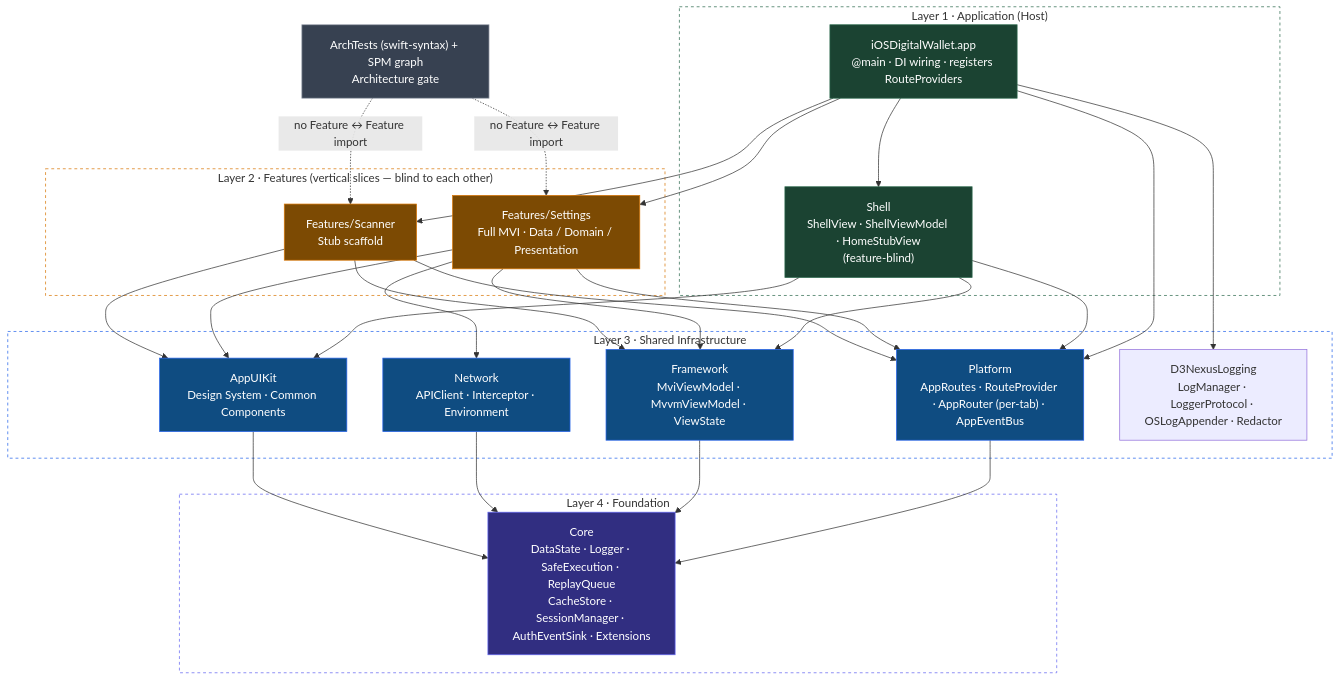
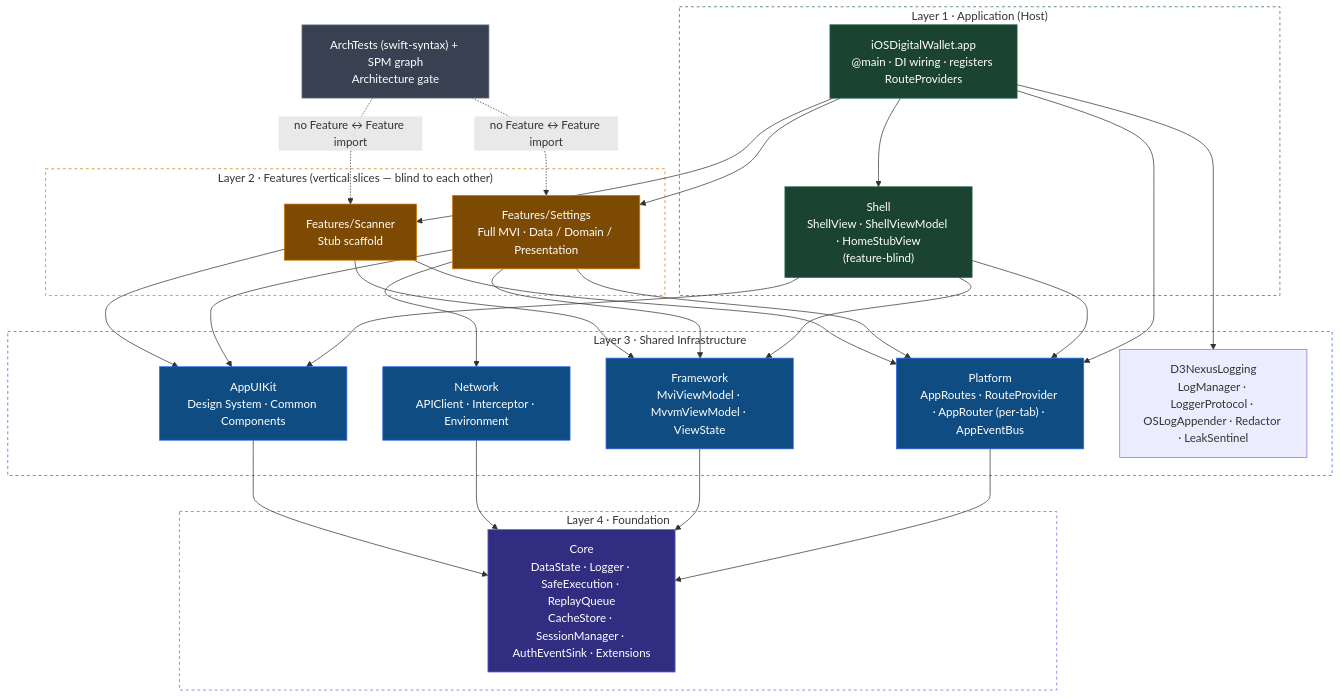
The second of 2 diagrams in docs/architecture/ARCHITECTURE.md (DanhDue/ios_digital_wallet), drawn with Mermaid before and after one commit. The commit also changed other lines of this file and 6 other files, not shown here.

````diff
--- a/docs/architecture/ARCHITECTURE.md
+++ b/docs/architecture/ARCHITECTURE.md
@@ -330,66 +330,66 @@
 ```mermaid
 flowchart TD
     %% Layer 1 · Application (Host) — App is the ONLY feature aggregator
     subgraph L1 ["Layer 1 · Application (Host)"]
         APP["iOSDigitalWallet.app\n@main · DI wiring · registers RouteProviders"]
         SHELL["Shell\nShellView · ShellViewModel · HomeStubView\n(feature-blind)"]
     end
 
     %% Layer 2 · Features — vertical slices, blind to each other
     subgraph L2 ["Layer 2 · Features (vertical slices — blind to each other)"]
         F_SET["Features/Settings\nFull MVI · Data / Domain / Presentation"]
         F_SCAN["Features/Scanner\nStub scaffold"]
     end
 
     %% Layer 3 · Shared Infrastructure — sibling modules, no intra-layer edge
     subgraph L3 ["Layer 3 · Shared Infrastructure"]
         PLATFORM["Platform\nAppRoutes · RouteProvider · AppRouter (per-tab) · AppEventBus"]
         FRAMEWORK["Framework\nMviViewModel · MvvmViewModel · ViewState"]
         NETWORK["Network\nAPIClient · Interceptor · Environment"]
         UIKIT["AppUIKit\nDesign System · Common Components"]
-        LOGGING["D3NexusLogging\nLogManager · LoggerProtocol · OSLogAppender · Redactor"]
+        LOGGING["D3NexusLogging\nLogManager · LoggerProtocol · OSLogAppender · Redactor · LeakSentinel"]
     end
 
     %% Layer 4 · Foundation
     subgraph L4 ["Layer 4 · Foundation"]
         CORE["Core\nDataState · Logger · SafeExecution · ReplayQueue\nCacheStore · SessionManager · AuthEventSink · Extensions"]
     end
 
     %% Host — App is the ONLY feature aggregator; Shell is feature-blind
     APP --> SHELL
     APP --> F_SET & F_SCAN
     APP --> PLATFORM
     APP --> LOGGING
     SHELL --> PLATFORM & FRAMEWORK & UIKIT
 
     %% Features → infrastructure
     F_SET --> PLATFORM & FRAMEWORK & NETWORK & UIKIT
     F_SCAN --> PLATFORM & FRAMEWORK & UIKIT
 
     %% Infrastructure flows toward Core (Platform depends on Core only)
     PLATFORM --> CORE
     FRAMEWORK --> CORE
     NETWORK --> CORE
     UIKIT --> CORE
 
     %% Architecture gate — checks, not in build
     ARCH["ArchTests (swift-syntax) + SPM graph\nArchitecture gate"] -.->|"no Feature ↔ Feature import"| F_SET & F_SCAN
 
     classDef host fill:#1b4332,stroke:#2d6a4f,color:#fff
     classDef feat fill:#7c4a03,stroke:#d97706,color:#fff
     classDef plat fill:#4a044e,stroke:#c026d3,color:#fff
     classDef infra fill:#0f4c81,stroke:#2563eb,color:#fff
     classDef core fill:#312e81,stroke:#6366f1,color:#fff
     classDef tool fill:#374151,stroke:#9ca3af,color:#fff
 
     class APP,SHELL host
     class F_SET,F_SCAN feat
     class PLATFORM,FRAMEWORK,NETWORK,UIKIT infra
     class CORE core
     class ARCH tool
 
     style L1 fill:none,stroke:#2d6a4f,stroke-dasharray: 4 4
     style L2 fill:none,stroke:#d97706,stroke-dasharray: 4 4
     style L3 fill:none,stroke:#2563eb,stroke-dasharray: 4 4
     style L4 fill:none,stroke:#6366f1,stroke-dasharray: 4 4
 ```
````
